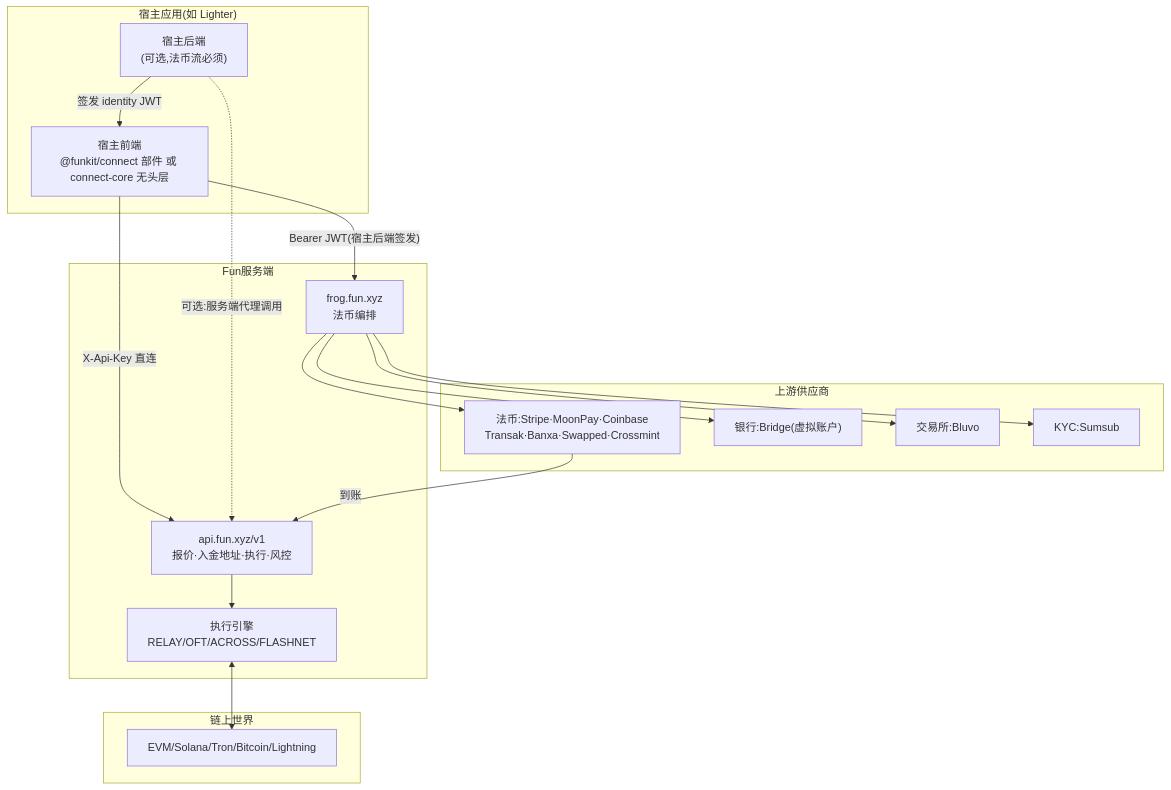
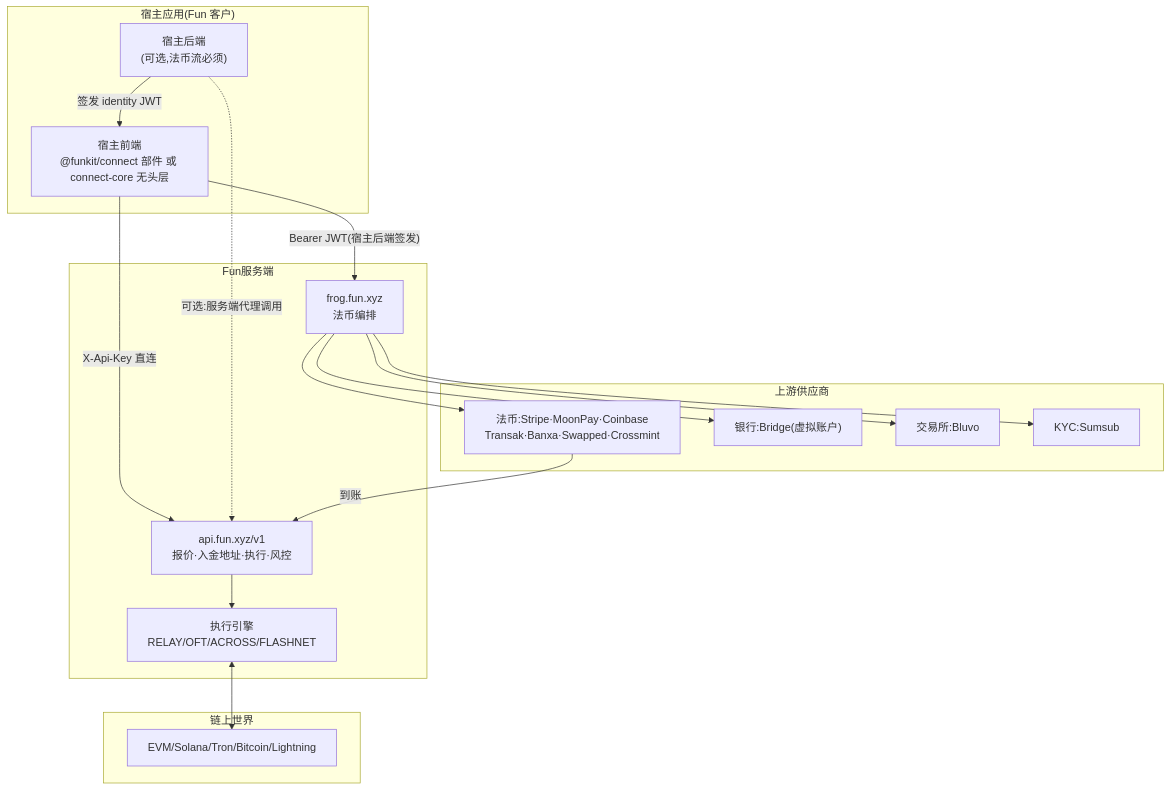
One commit to mixbe/fun-xyz-research changed the first of 9 diagrams in research/fun-出入金业务流程与接入架构.md. Above: the diagram before and after it, drawn with Mermaid. The commit also changed other lines of this file and 4 other files, not shown here.

First line of the commit message:
research: 剥离 Lighter 叙事,聚焦 fun.xyz 支付体系本身

````diff
--- a/research/fun-出入金业务流程与接入架构.md
+++ b/research/fun-出入金业务流程与接入架构.md
@@ -12,36 +12,36 @@
 ```mermaid
 flowchart TB
-    subgraph 宿主应用["宿主应用(如 Lighter)"]
+    subgraph 宿主应用["宿主应用(Fun 客户)"]
         FE["宿主前端<br/>@funkit/connect 部件 或 connect-core 无头层"]
         BE["宿主后端<br/>(可选,法币流必须)"]
     end
 
     subgraph Fun服务端
         API["api.fun.xyz/v1<br/>报价·入金地址·执行·风控"]
         FROG["frog.fun.xyz<br/>法币编排"]
         EXEC["执行引擎<br/>RELAY/OFT/ACROSS/FLASHNET"]
     end
 
     subgraph 上游供应商
         FIAT["法币:Stripe·MoonPay·Coinbase<br/>Transak·Banxa·Swapped·Crossmint"]
         BANK["银行:Bridge(虚拟账户)"]
         CEX["交易所:Bluvo"]
         SUMSUB["KYC:Sumsub"]
     end
 
     subgraph 链上世界
         CHAINS["EVM/Solana/Tron/Bitcoin/Lightning"]
     end
 
     FE -- "X-Api-Key 直连" --> API
     FE -- "Bearer JWT(宿主后端签发)" --> FROG
     BE -- "签发 identity JWT" --> FE
     BE -. "可选:服务端代理调用" .-> API
     API --> EXEC
     FROG --> FIAT
     FROG --> BANK
     FROG --> CEX
     FROG --> SUMSUB
     EXEC <--> CHAINS
     FIAT -- "到账" --> API
 ```
````
